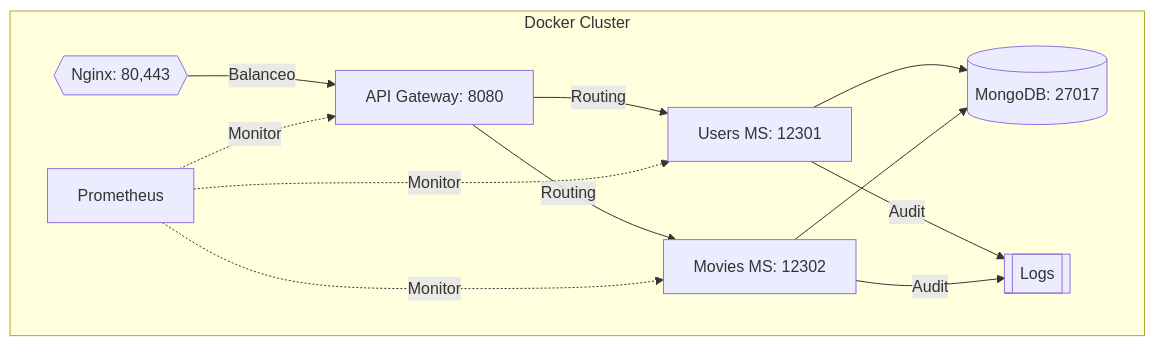
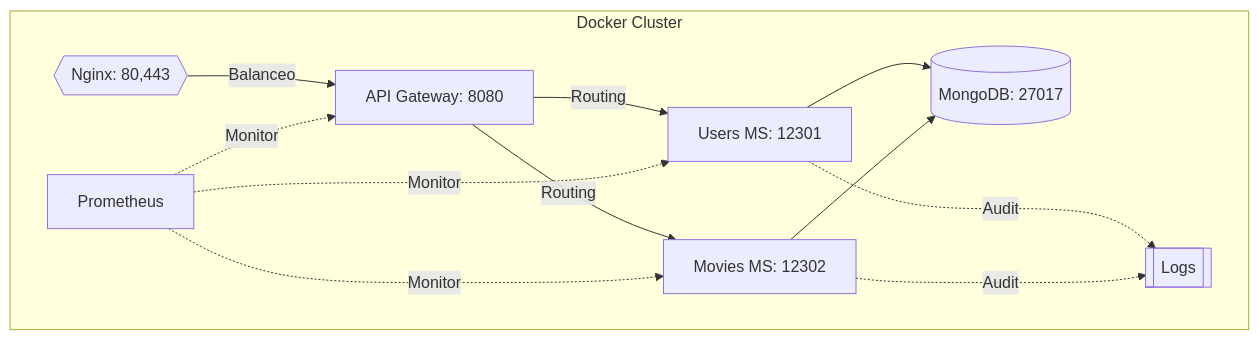
Before and after one commit to imeshinnovation/proyecto_ddd: the second of 2 diagrams in README.md, drawn with Mermaid.

Commit message:
Update repo

````diff
--- a/README.md
+++ b/README.md
@@ -39,23 +39,23 @@
 ```mermaid
 graph TD
     subgraph Docker Cluster
         A[API Gateway: 8080]
         B[Users MS: 12301]
         C[Movies MS: 12302]
         D[(MongoDB: 27017)]
         F{{Nginx: 80,443}}
         G[Prometheus]
         H[[Logs]]
         
         F -->|Balanceo| A
         A -->|Routing| B
         A -->|Routing| C
         B --> D
         C --> D
-        B --> |Audit| H
-        C --> |Audit| H
+        B -..-> |Audit| H
+        C -..-> |Audit| H
         G -.->|Monitor| A
         G -.->|Monitor| B
         G -.->|Monitor| C
     end
 ```
````
